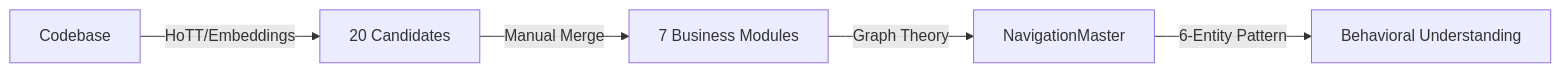
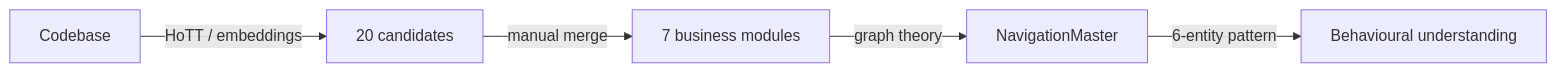
The diagram in Readme.md (Check-It-Out-Dev/graph-theory-system-modeling), drawn with Mermaid before and after one commit. The commit also changed other lines of this file and 2 other files, not shown here.

````diff
--- a/Readme.md
+++ b/Readme.md
@@ -144,7 +79,7 @@
 ```mermaid
 graph LR
-    A[Codebase] -->|HoTT/Embeddings| B[20 Candidates]
-    B -->|Manual Merge| C[7 Business Modules]
-    C -->|Graph Theory| D[NavigationMaster]
-    D -->|6-Entity Pattern| E[Behavioral Understanding]
+    A[Codebase] -->|HoTT / embeddings| B[20 candidates]
+    B -->|manual merge| C[7 business modules]
+    C -->|graph theory| D[NavigationMaster]
+    D -->|6-entity pattern| E[Behavioural understanding]
 ```
````
